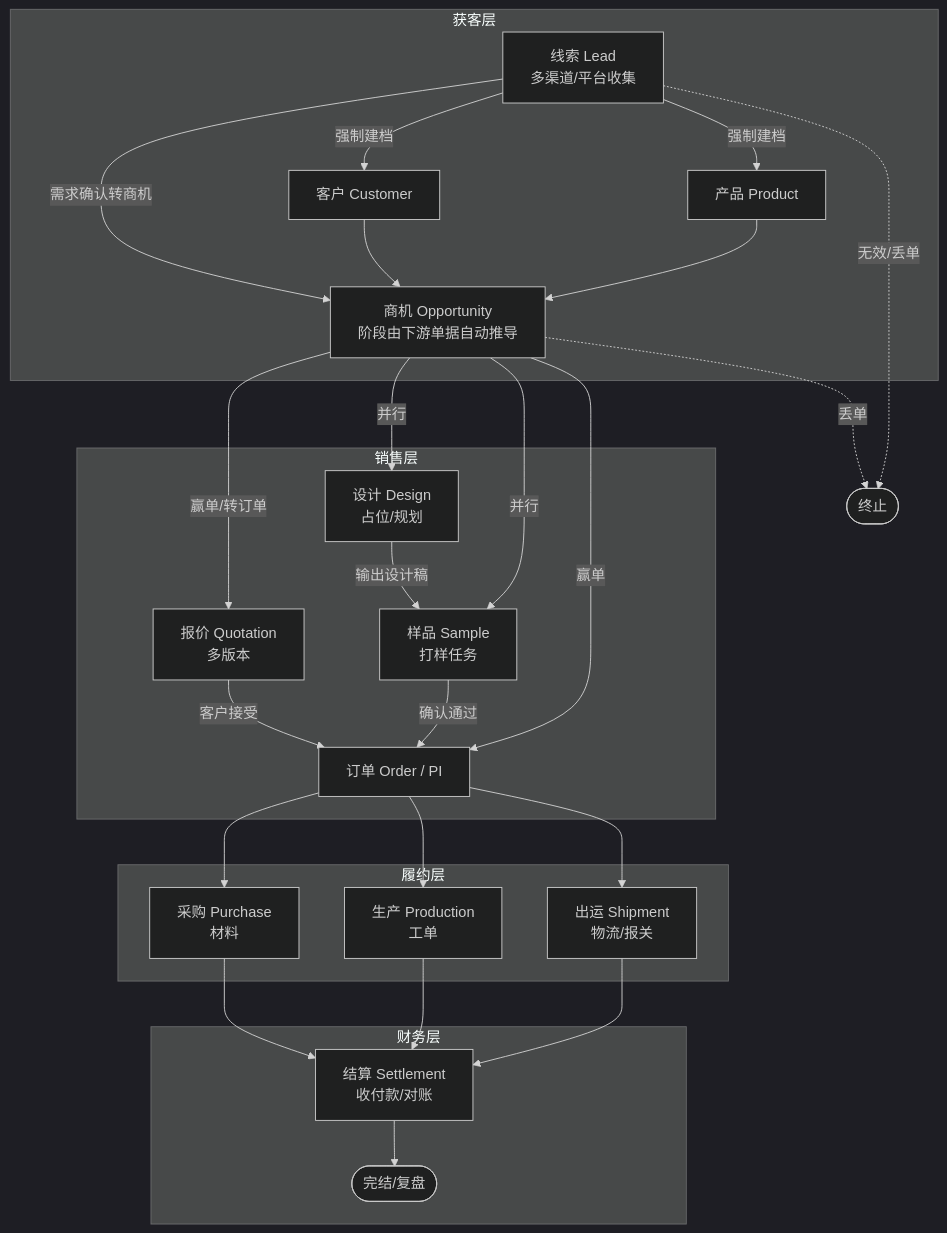
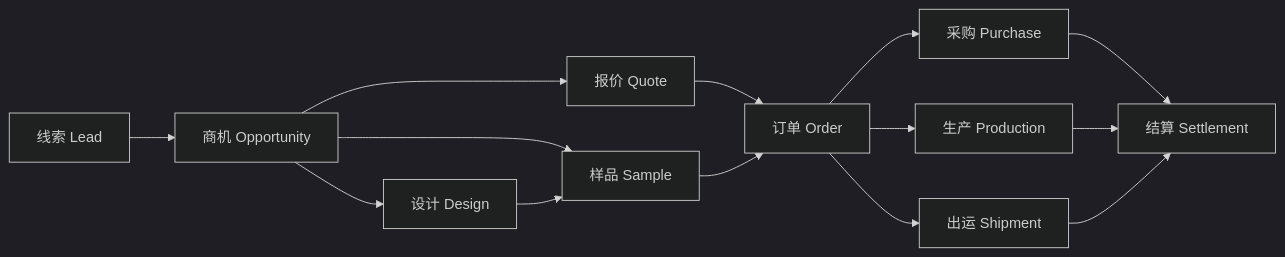
Before and after one commit to wx-wan/ysem: the first of 6 diagrams in docs/业务流程与状态机.md, drawn with Mermaid (dark theme). The commit also changed other lines of this file, not shown here.

Commit message:
docs: 重排业务流程与状态机 mermaid 图表，修正实现进度

````diff
--- a/docs/业务流程与状态机.md
+++ b/docs/业务流程与状态机.md
@@ -11,36 +13,16 @@
 ```mermaid
-flowchart TD
-    subgraph 获客层
-        L[线索 Lead<br/>多渠道/平台收集] -->|需求确认转商机| O[商机 Opportunity<br/>阶段由下游单据自动推导]
-        L -->|强制建档| C[客户 Customer]
-        L -->|强制建档| P[产品 Product]
-    end
-
-    subgraph 销售层
-        C --> O
-        P --> O
-        O -->|赢单/转订单| Q[报价 Quotation<br/>多版本]
-        O -->|并行| D[设计 Design<br/>占位/规划]
-        O -->|并行| S[样品 Sample<br/>打样任务]
-        Q -->|客户接受| ORD[订单 Order / PI]
-        S -->|确认通过| ORD
-        D -->|输出设计稿| S
-    end
-
-    subgraph 履约层
-        O -->|赢单| ORD
-        ORD --> PUR[采购 Purchase<br/>材料]
-        ORD --> PRD[生产 Production<br/>工单]
-        ORD --> SHIP[出运 Shipment<br/>物流/报关]
-    end
-
-    subgraph 财务层
-        PUR --> SET[结算 Settlement<br/>收付款/对账]
-        PRD --> SET
-        SHIP --> SET
-        SET --> DONE([完结/复盘])
-    end
-
-    L -.->|无效/丢单| KILL([终止])
-    O -.->|丢单| KILL
+flowchart LR
+    L[线索 Lead] --> O[商机 Opportunity]
+    O --> Q[报价 Quote]
+    O --> D[设计 Design]
+    O --> S[样品 Sample]
+    Q --> ORD[订单 Order]
+    S --> ORD
+    D --> S
+    ORD --> PUR[采购 Purchase]
+    ORD --> PRD[生产 Production]
+    ORD --> SHIP[出运 Shipment]
+    PUR --> SET[结算 Settlement]
+    PRD --> SET
+    SHIP --> SET
 ```
````
